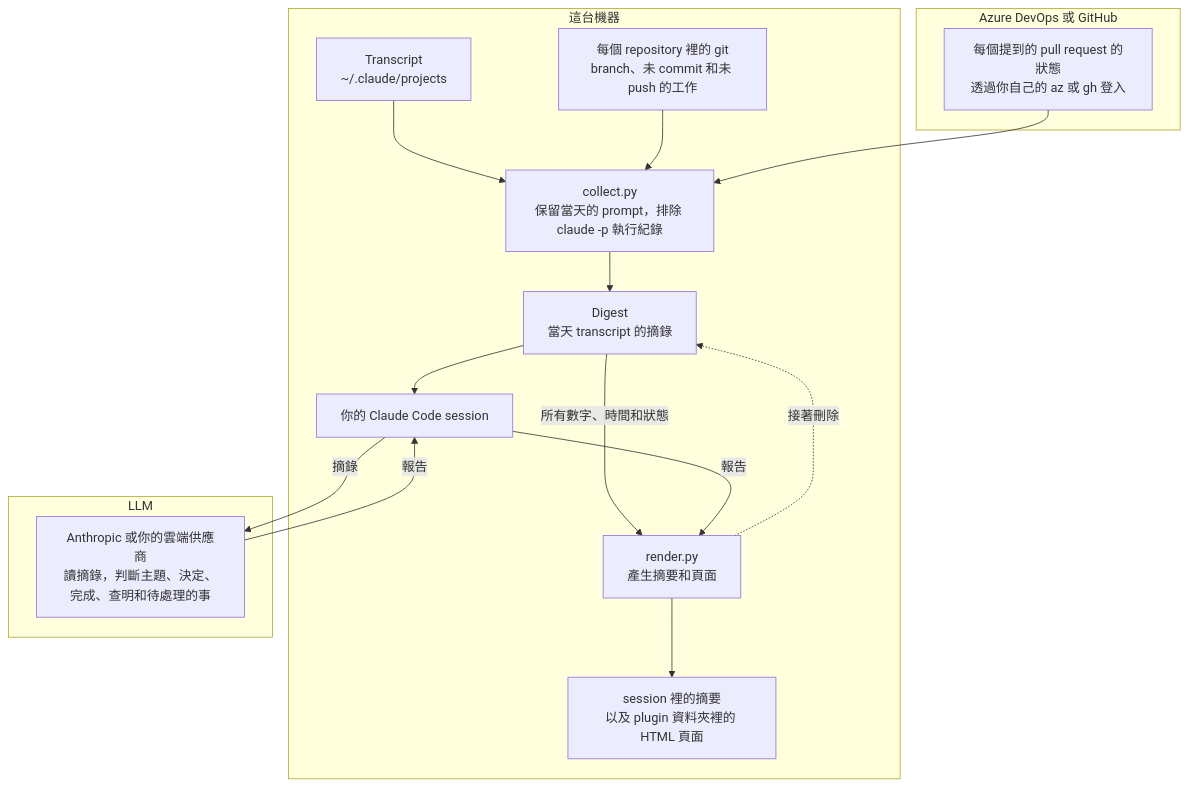
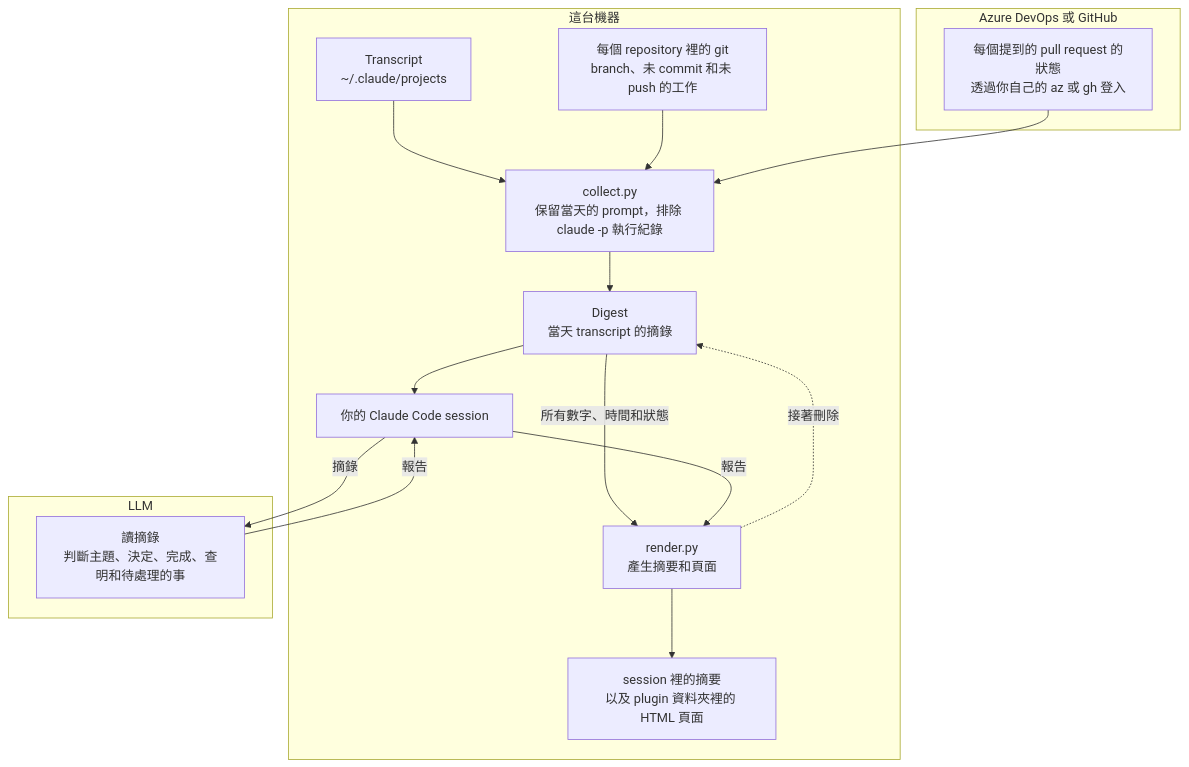
The diagram in plugins/remind-me/README.zh-TW.md (softwareone-platform/tundra), drawn with Mermaid before and after one commit. The commit also changed other lines of this file and 2 other files, not shown here.

Commit message:
drop the provider name from remind-me's diagram

````diff
--- a/plugins/remind-me/README.zh-TW.md
+++ b/plugins/remind-me/README.zh-TW.md
@@ -41,22 +41,22 @@
 ```mermaid
 flowchart TB
     subgraph machine["這台機器"]
         transcripts["Transcript<br>~/.claude/projects"] --> collect
         git["每個 repository 裡的 git<br>branch、未 commit 和未 push 的工作"] --> collect
         collect["collect.py<br>保留當天的 prompt，排除 claude -p 執行紀錄"] --> digest["Digest<br>當天 transcript 的摘錄"]
         digest --> session["你的 Claude Code session"]
         digest -- 所有數字、時間和狀態 --> render["render.py<br>產生摘要和頁面"]
         session -- 報告 --> render
         render --> page["session 裡的摘要<br>以及 plugin 資料夾裡的 HTML 頁面"]
         render -. 接著刪除 .-> digest
     end
     subgraph provider["LLM"]
-        model["Anthropic 或你的雲端供應商<br>讀摘錄，判斷主題、決定、完成、查明和待處理的事"]
+        model["讀摘錄<br>判斷主題、決定、完成、查明和待處理的事"]
     end
     subgraph host["Azure DevOps 或 GitHub"]
         remote["每個提到的 pull request 的狀態<br>透過你自己的 az 或 gh 登入"]
     end
     session -- 摘錄 --> model
     model -- 報告 --> session
     remote --> collect
 ```
````
